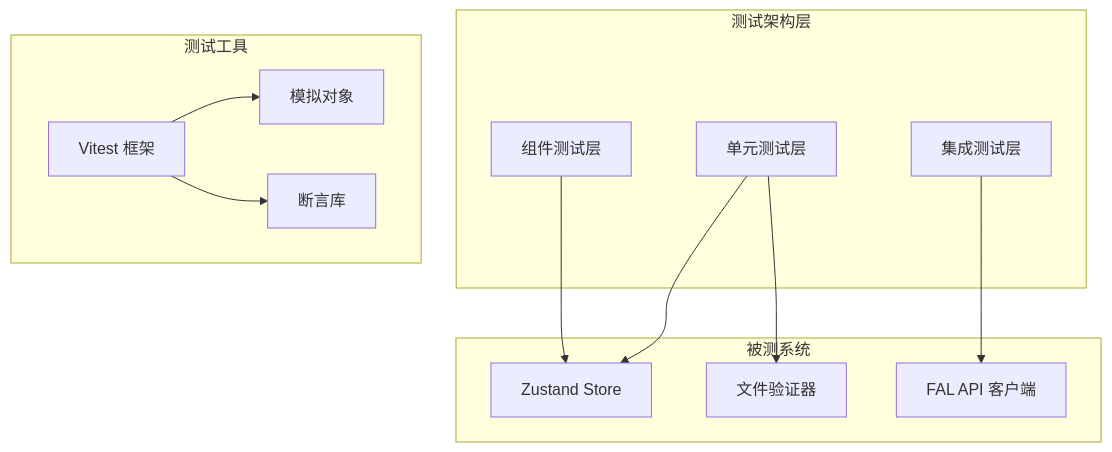
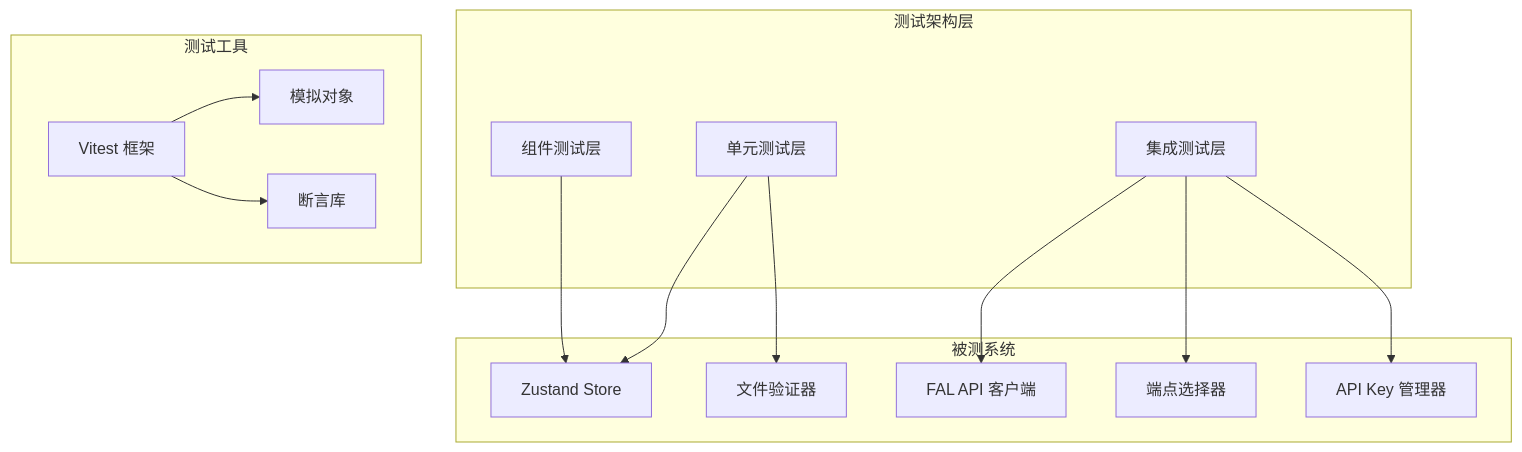
The second of 7 diagrams in .qoder/repowiki/zh/content/测试策略.md (billye220670/BananaFlow2), drawn with Mermaid before and after one commit. The commit also changed other lines of this file and 22 other files, not shown here.

````diff
--- a/.qoder/repowiki/zh/content/测试策略.md
+++ b/.qoder/repowiki/zh/content/测试策略.md
@@ -114,24 +123,28 @@
 ```mermaid
 graph TB
 subgraph "测试架构层"
 UnitTests[单元测试层]
 IntegrationTests[集成测试层]
 ComponentTests[组件测试层]
 end
 subgraph "被测系统"
 ZustandStore[Zustand Store]
 FileValidator[文件验证器]
 FalAPI[FAL API 客户端]
+EndpointSelector[端点选择器]
+APIKeyManager[API Key 管理器]
 end
 subgraph "测试工具"
 Vitest[Vitest 框架]
 Mocks[模拟对象]
 Assertions[断言库]
 end
 UnitTests --> ZustandStore
 UnitTests --> FileValidator
 IntegrationTests --> FalAPI
+IntegrationTests --> EndpointSelector
+IntegrationTests --> APIKeyManager
 ComponentTests --> ZustandStore
 Vitest --> Mocks
 Vitest --> Assertions
 ```
````
